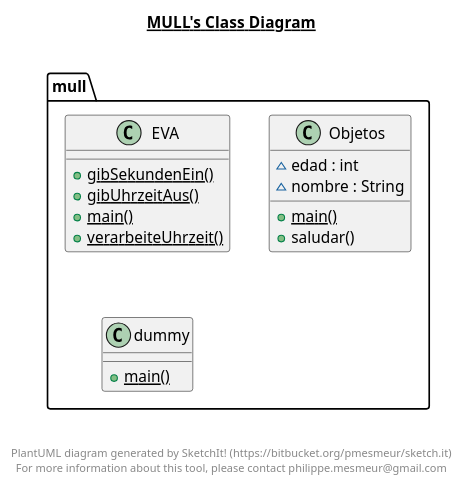
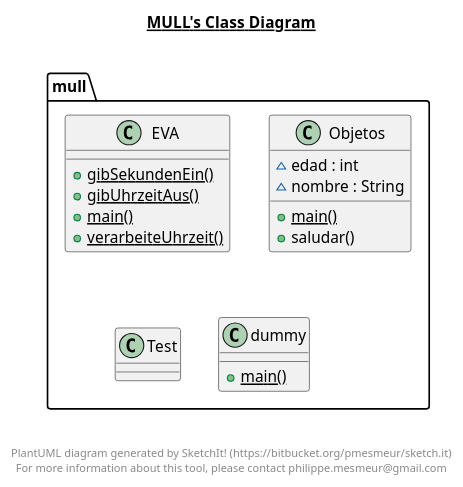
The diagram in src/mull/mull.plantuml (Carlos-could/OcaJava), drawn with PlantUML before and after one commit. The commit also changed 15 other files, not shown here.

```diff
--- a/src/mull/mull.plantuml
+++ b/src/mull/mull.plantuml
@@ -1,41 +1,47 @@
 @startuml
 
 title __MULL's Class Diagram__\n
 
   namespace mull {
     class mull.EVA {
         {static} + gibSekundenEin()
         {static} + gibUhrzeitAus()
         {static} + main()
         {static} + verarbeiteUhrzeit()
     }
   }
   
 
   namespace mull {
     class mull.Objetos {
         ~ edad : int
         ~ nombre : String
         {static} + main()
         + saludar()
     }
   }
   
 
   namespace mull {
+    class mull.Test {
+    }
+  }
+  
+
+  namespace mull {
     class mull.dummy {
         {static} + main()
     }
   }
   
 
 
 
 right footer
 
 
 PlantUML diagram generated by SketchIt! (https://bitbucket.org/pmesmeur/sketch.it)
 For more information about this tool, please contact philippe.mesmeur@gmail.com
 endfooter
 
 @enduml
```
